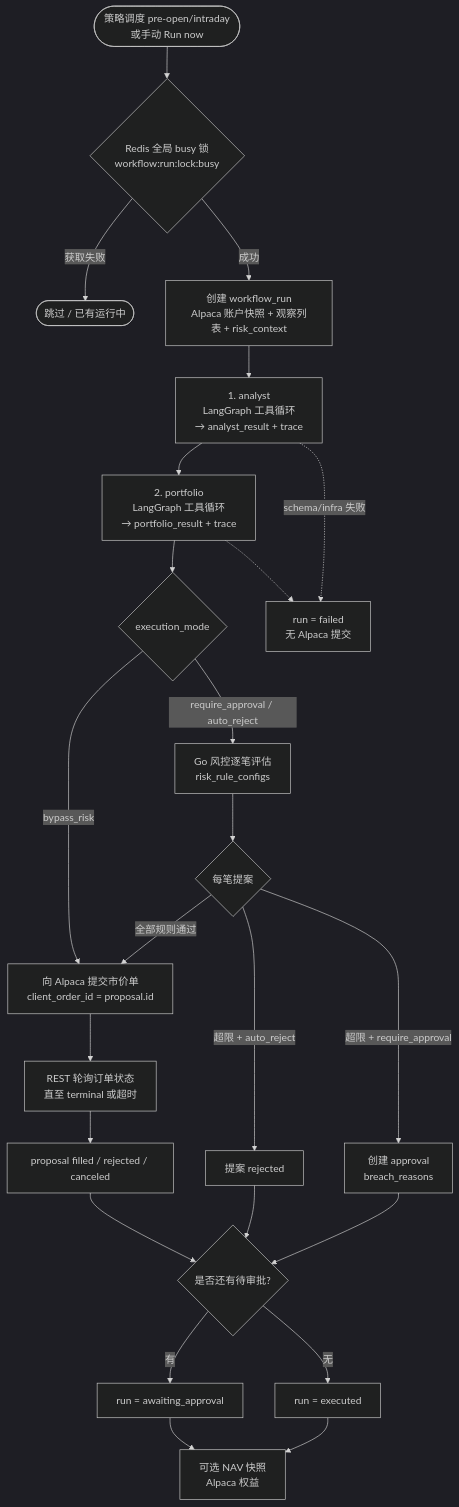
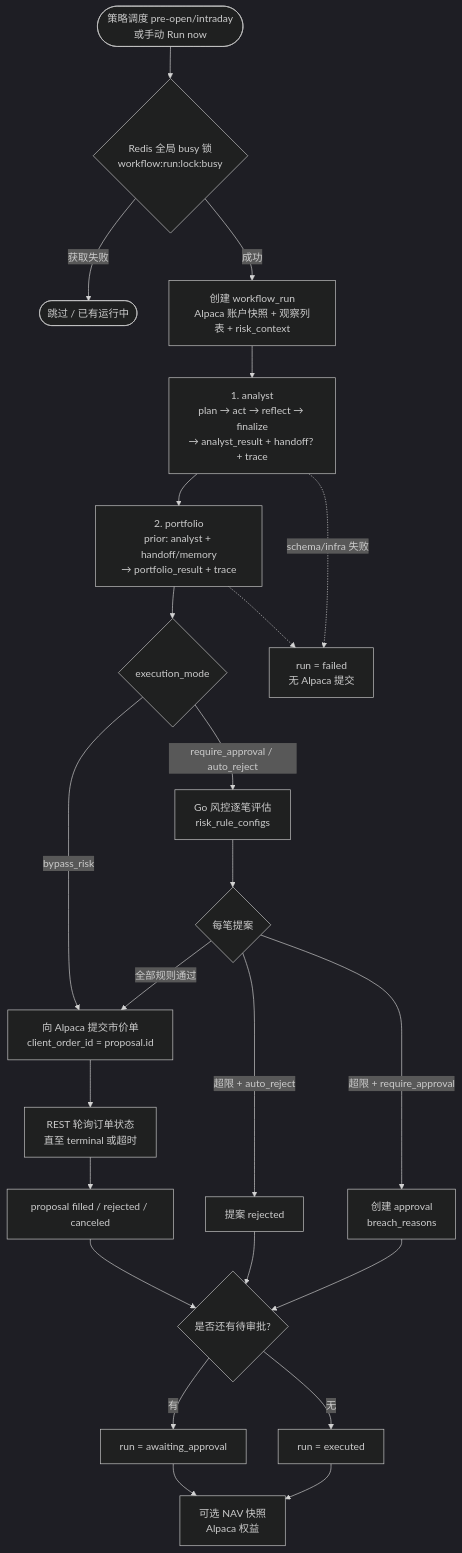
Before and after one commit to cyhzuishuai/stock-agents-cursor: the second of 4 diagrams in docs/workflow-flowchart.md, drawn with Mermaid (dark theme). The commit also changed other lines of this file and 6 other files, not shown here.

````diff
--- a/docs/workflow-flowchart.md
+++ b/docs/workflow-flowchart.md
@@ -87,32 +90,32 @@
 ```mermaid
 flowchart TD
   Start([策略调度 pre-open/intraday<br/>或手动 Run now]) --> Lock{Redis 全局 busy 锁<br/>workflow:run:lock:busy}
   Lock -->|获取失败| Abort([跳过 / 已有运行中])
   Lock -->|成功| Create[创建 workflow_run<br/>Alpaca 账户快照 + 观察列表 + risk_context]
 
-  Create --> S1[1. analyst<br/>LangGraph 工具循环<br/>→ analyst_result + trace]
-  S1 --> S2[2. portfolio<br/>LangGraph 工具循环<br/>→ portfolio_result + trace]
+  Create --> S1[1. analyst<br/>plan → act → reflect → finalize<br/>→ analyst_result + handoff? + trace]
+  S1 --> S2[2. portfolio<br/>prior: analyst + handoff/memory<br/>→ portfolio_result + trace]
 
   S2 --> Mode{execution_mode}
   Mode -->|bypass_risk| Submit[向 Alpaca 提交市价单<br/>client_order_id = proposal.id]
   Mode -->|require_approval / auto_reject| Eval[Go 风控逐笔评估<br/>risk_rule_configs]
 
   Eval --> Split{每笔提案}
   Split -->|全部规则通过| Submit
   Split -->|超限 + auto_reject| Reject[提案 rejected]
   Split -->|超限 + require_approval| Pend[创建 approval<br/>breach_reasons]
 
   Submit --> Sync[REST 轮询订单状态<br/>直至 terminal 或超时]
   Sync --> Filled[proposal filled / rejected / canceled]
   Reject --> Terminal{是否还有待审批?}
   Pend --> Terminal
   Filled --> Terminal
   Terminal -->|有| Await[run = awaiting_approval]
   Terminal -->|无| Done[run = executed]
 
   Done --> NAV[可选 NAV 快照<br/>Alpaca 权益]
   Await --> NAV
 
   S1 -.->|schema/infra 失败| Fail[run = failed<br/>无 Alpaca 提交]
   S2 -.-> Fail
 ```
````
